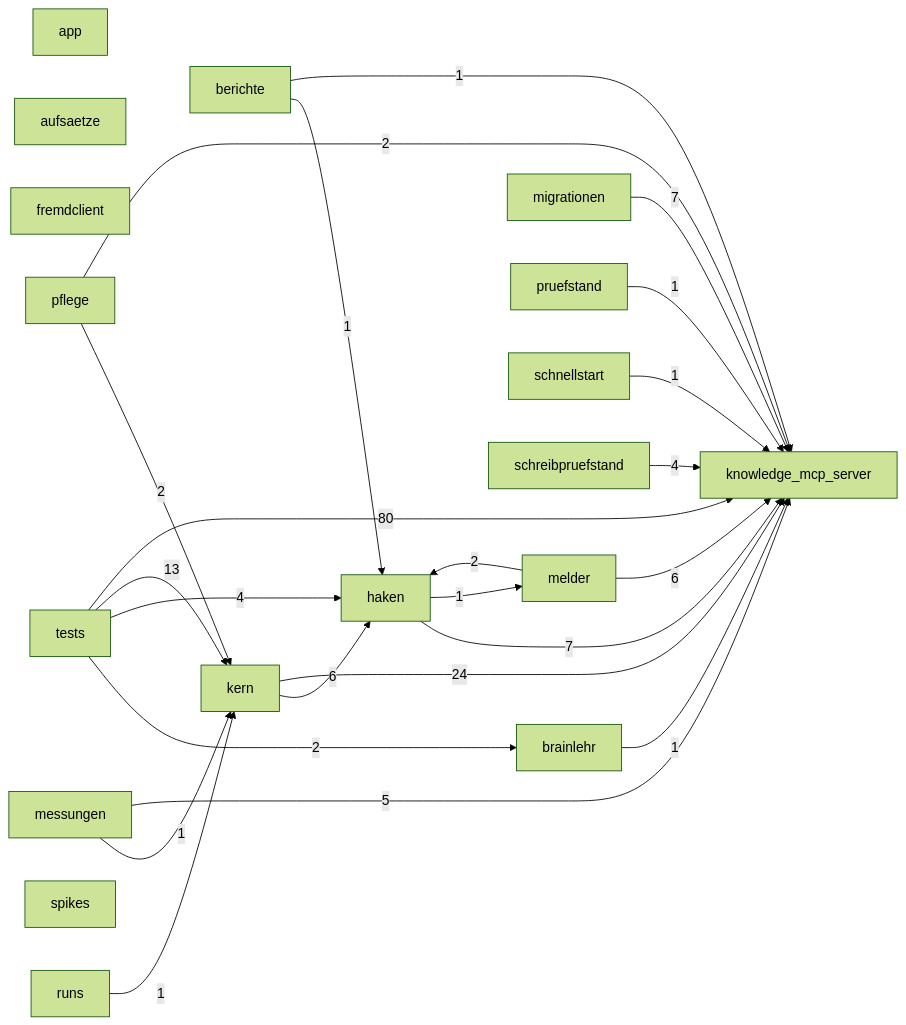
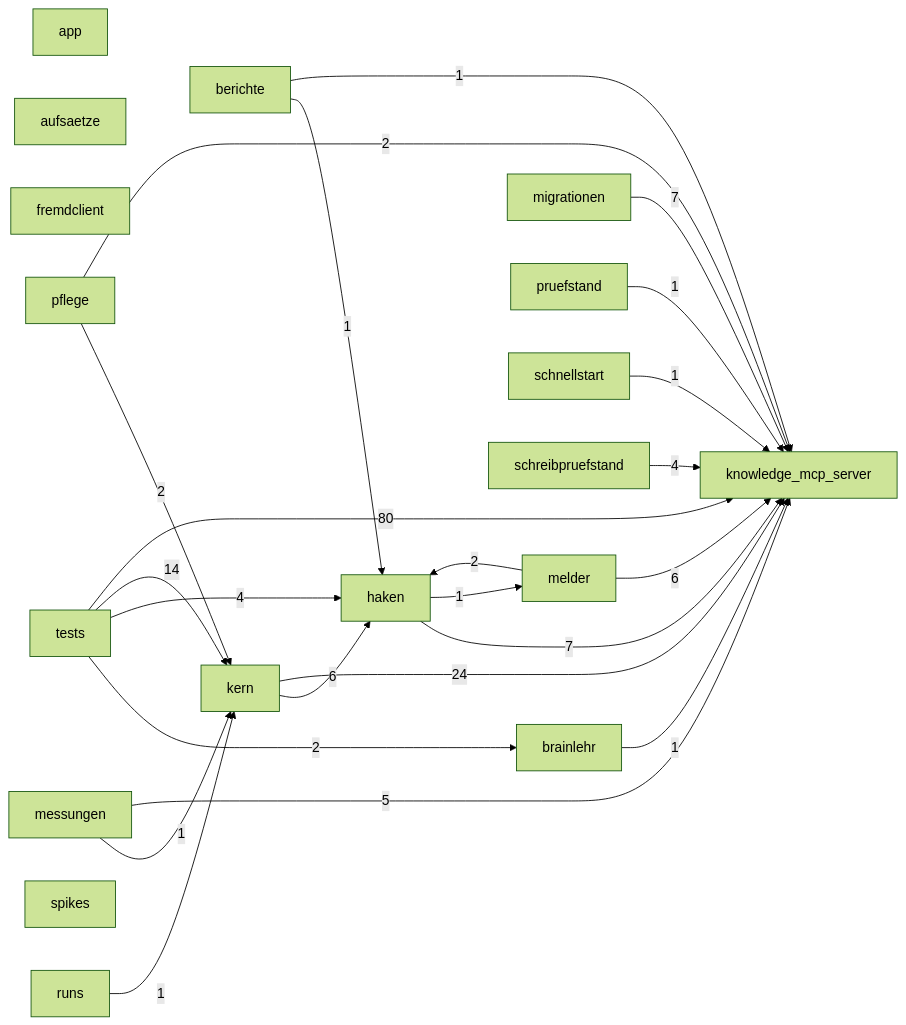
One commit to 3lehr/brainlehr changed the diagram in docs/karten/code-brainlehr.md. Above: the diagram before and after it, drawn with Mermaid (forest theme). The commit also changed 3 other files, not shown here.

````diff
--- a/docs/karten/code-brainlehr.md
+++ b/docs/karten/code-brainlehr.md
@@ -5,43 +5,43 @@
 ```mermaid
 graph LR
   app["app"]
   aufsaetze["aufsaetze"]
   berichte["berichte"]
   brainlehr["brainlehr"]
   fremdclient["fremdclient"]
   haken["haken"]
   kern["kern"]
   knowledge_mcp_server["knowledge_mcp_server"]
   melder["melder"]
   messungen["messungen"]
   migrationen["migrationen"]
   pflege["pflege"]
   pruefstand["pruefstand"]
   runs["runs"]
   schnellstart["schnellstart"]
   schreibpruefstand["schreibpruefstand"]
   spikes["spikes"]
   tests["tests"]
   berichte -->|1| haken
   berichte -->|1| knowledge_mcp_server
   brainlehr -->|1| knowledge_mcp_server
   haken -->|7| knowledge_mcp_server
   haken -->|1| melder
   kern -->|6| haken
   kern -->|24| knowledge_mcp_server
   melder -->|2| haken
   melder -->|6| knowledge_mcp_server
   messungen -->|1| kern
   messungen -->|5| knowledge_mcp_server
   migrationen -->|7| knowledge_mcp_server
   pflege -->|2| kern
   pflege -->|2| knowledge_mcp_server
   pruefstand -->|1| knowledge_mcp_server
   runs -->|1| kern
   schnellstart -->|1| knowledge_mcp_server
   schreibpruefstand -->|4| knowledge_mcp_server
   tests -->|2| brainlehr
   tests -->|4| haken
-  tests -->|13| kern
+  tests -->|14| kern
   tests -->|80| knowledge_mcp_server
 ```
````
